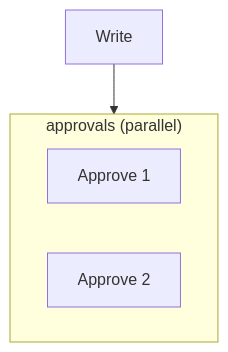
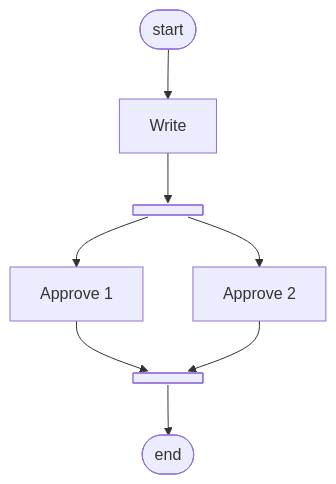
The third of 4 diagrams in apps/docs/docs/developer-guide/examples/workflow.md (AelasticS/Synthesis), drawn with Mermaid before and after one commit. The commit also changed other lines of this file and 13 other files, not shown here.

Commit message:
refactor(workflow-to-mermaid): the flowchart view replaces the nested-subgraph drawing

````diff
--- a/apps/docs/docs/developer-guide/examples/workflow.md
+++ b/apps/docs/docs/developer-guide/examples/workflow.md
@@ -514,9 +536,17 @@
 ```mermaid
 flowchart TD
+  start_node(["start"])
   Write["Write"]
-  subgraph approvals["approvals (parallel)"]
-    Approve_1["Approve 1"]
-    Approve_2["Approve 2"]
-  end
-  Write --> approvals
+  approvals_fork@{ shape: fork }
+  Approve_1["Approve 1"]
+  Approve_2["Approve 2"]
+  approvals_join@{ shape: join }
+  end_node(["end"])
+  start_node --> Write
+  Write --> approvals_fork
+  approvals_fork --> Approve_1
+  Approve_1 --> approvals_join
+  approvals_fork --> Approve_2
+  Approve_2 --> approvals_join
+  approvals_join --> end_node
 ```
````
